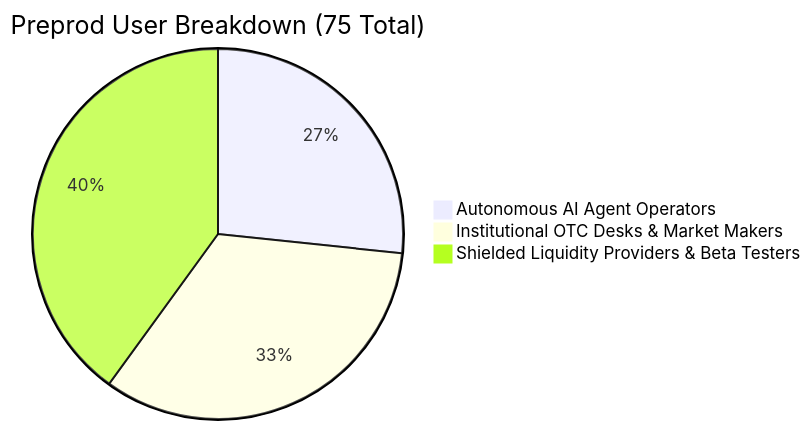
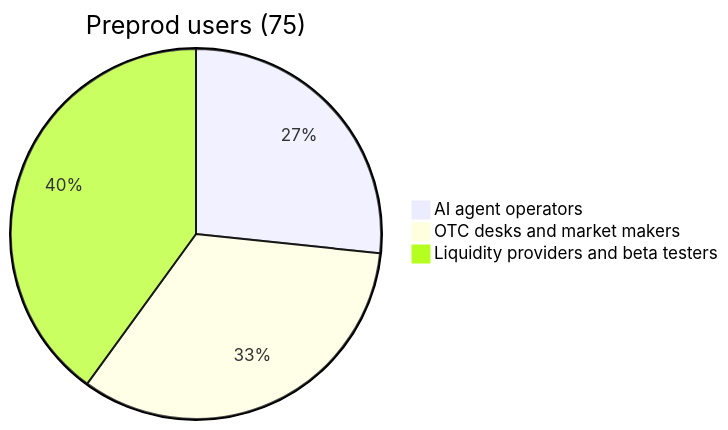
One commit to avishrakshe/Private-OTC-Agent-Desk-On-Midnight- changed the ninth of 9 diagrams in README.md. Above: the diagram before and after it, drawn with Mermaid. The commit also changed other lines of this file, not shown here.

Commit message:
docs(readme): rewrite README around the sealed RFQ desk with diagrams and site tour

````diff
--- a/README.md
+++ b/README.md
@@ -249,6 +544,6 @@
 ```mermaid
-pie title Preprod User Breakdown (75 Total)
-    "Autonomous AI Agent Operators" : 20
-    "Institutional OTC Desks & Market Makers" : 25
-    "Shielded Liquidity Providers & Beta Testers" : 30
+pie title Preprod users (75)
+    "AI agent operators" : 20
+    "OTC desks and market makers" : 25
+    "Liquidity providers and beta testers" : 30
 ```
````
